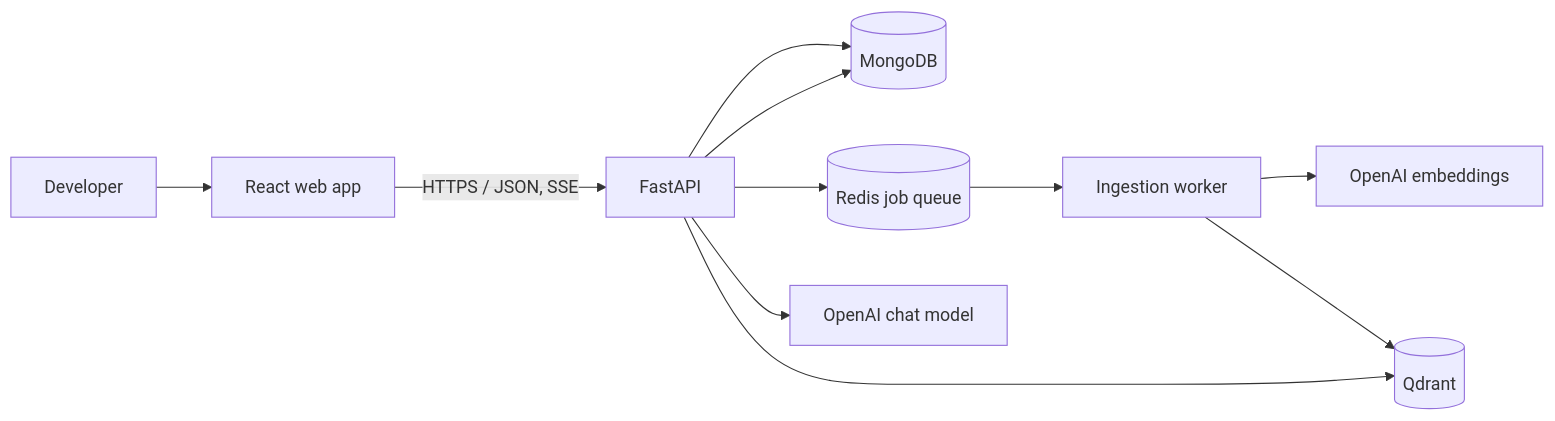
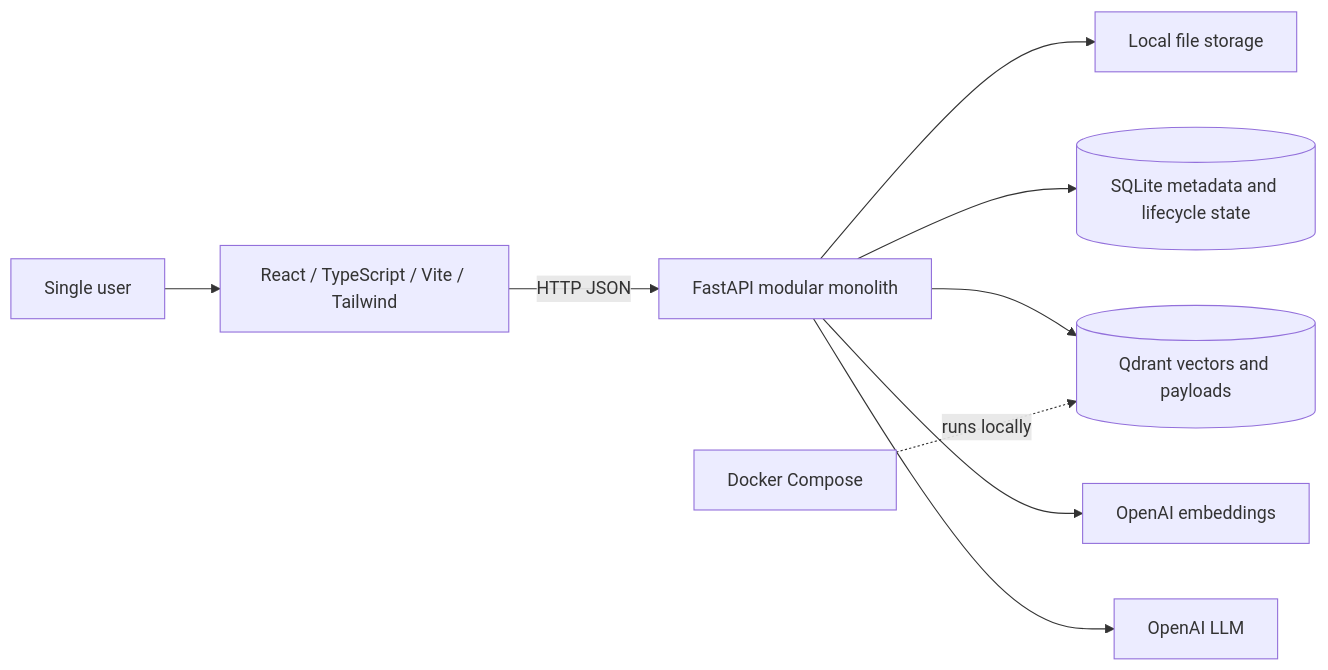
The diagram in docs/ARCHITECTURE.md (royalknight71/Aristos), drawn with Mermaid before and after one commit. The commit also changed other lines of this file and 2 other files, not shown here.

Commit message:
docs: simplify Aristos architecture for 7-day MVP

````diff
--- a/docs/ARCHITECTURE.md
+++ b/docs/ARCHITECTURE.md
@@ -11,13 +11,11 @@
 ```mermaid
 flowchart LR
-  U[Developer] --> W[React web app]
-  W -->|HTTPS / JSON, SSE| A[FastAPI]
-  A --> M[(MongoDB)]
-  A --> R[(Redis job queue)]
-  R --> X[Ingestion worker]
-  X --> O[OpenAI embeddings]
-  X --> Q[(Qdrant)]
-  A --> Q
-  A --> L[OpenAI chat model]
-  A --> M
+  U[Single user] --> W[React / TypeScript / Vite / Tailwind]
+  W -->|HTTP JSON| A[FastAPI modular monolith]
+  A --> S[Local file storage]
+  A --> D[(SQLite metadata and lifecycle state)]
+  A --> Q[(Qdrant vectors and payloads)]
+  A --> E[OpenAI embeddings]
+  A --> L[OpenAI LLM]
+  C[Docker Compose] -. runs locally .-> Q
 ```
````
